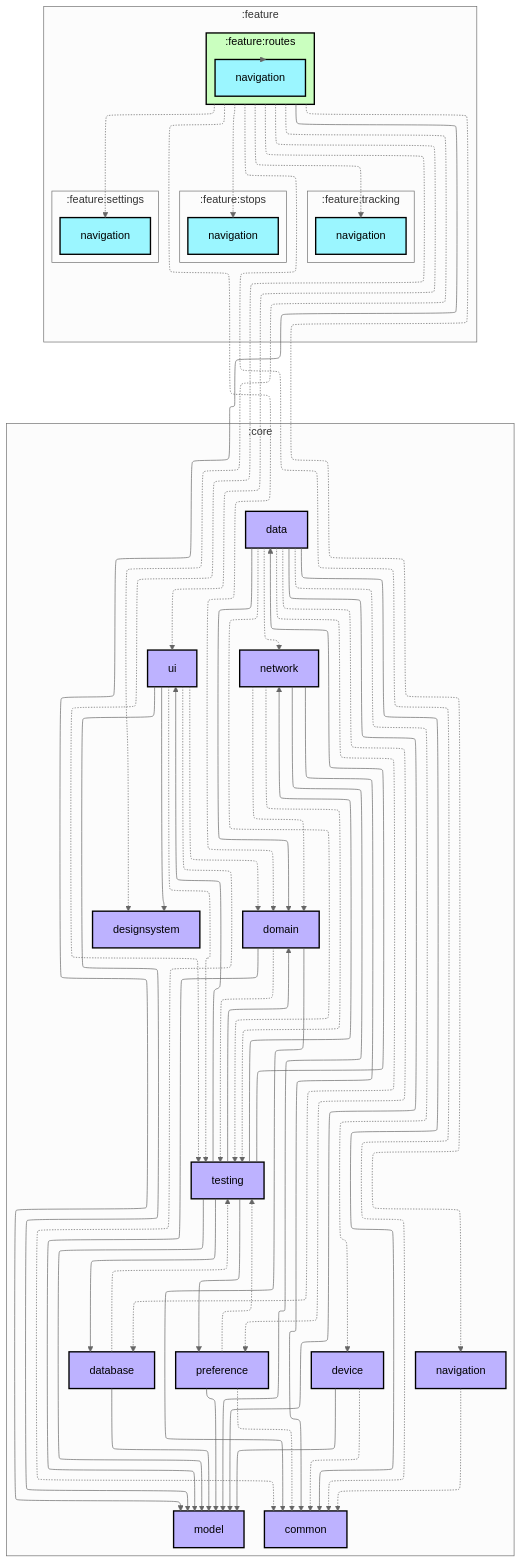
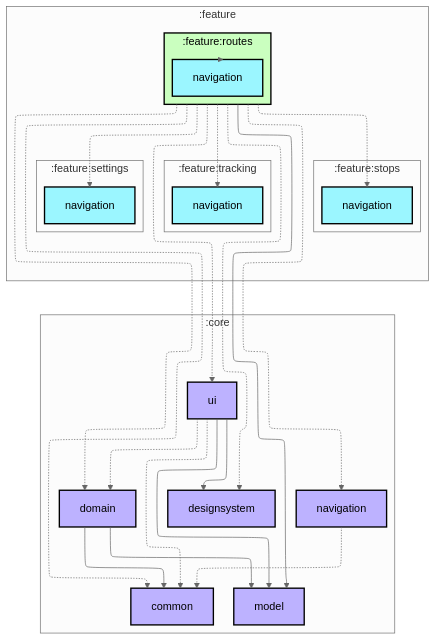
The first of 2 diagrams in feature/routes/README.md (Adrc95/logrono-bus), drawn with Mermaid (neutral theme) before and after one commit. The commit also changed 32 other files, not shown here.

First line of the commit message:
Chore: unblock the test suites, the graphs and the CI

```diff
--- a/feature/routes/README.md
+++ b/feature/routes/README.md
@@ -34,60 +34,25 @@
   subgraph :core
     direction TB
     :core:common[common]:::library
-    :core:data[data]:::library
-    :core:database[database]:::library
     :core:designsystem[designsystem]:::library
-    :core:device[device]:::library
     :core:domain[domain]:::library
     :core:model[model]:::library
     :core:navigation[navigation]:::library
-    :core:network[network]:::library
-    :core:preference[preference]:::library
-    :core:testing[testing]:::library
     :core:ui[ui]:::library
   end
 
-  :core:data --> :core:common
-  :core:data -.-> :core:database
-  :core:data -.-> :core:device
-  :core:data --> :core:domain
-  :core:data --> :core:model
-  :core:data -.-> :core:network
-  :core:data -.-> :core:preference
-  :core:data -.-> :core:testing
-  :core:database --> :core:model
-  :core:database -.-> :core:testing
-  :core:device -.-> :core:common
-  :core:device --> :core:model
   :core:domain --> :core:common
   :core:domain --> :core:model
-  :core:domain -.-> :core:testing
   :core:navigation -.-> :core:common
-  :core:network --> :core:common
-  :core:network -.-> :core:domain
-  :core:network --> :core:model
-  :core:network -.-> :core:testing
-  :core:preference -.-> :core:common
-  :core:preference --> :core:model
-  :core:preference -.-> :core:testing
-  :core:testing --> :core:data
-  :core:testing --> :core:database
-  :core:testing --> :core:domain
-  :core:testing --> :core:model
-  :core:testing --> :core:network
-  :core:testing --> :core:preference
-  :core:testing --> :core:ui
   :core:ui -.-> :core:common
   :core:ui --> :core:designsystem
   :core:ui -.-> :core:domain
   :core:ui --> :core:model
-  :core:ui -.-> :core:testing
   :feature:routes -.-> :core:common
   :feature:routes -.-> :core:designsystem
   :feature:routes -.-> :core:domain
   :feature:routes --> :core:model
   :feature:routes -.-> :core:navigation
-  :feature:routes -.-> :core:testing
   :feature:routes -.-> :core:ui
   :feature:routes --> :feature:routes:navigation
   :feature:routes -.-> :feature:settings:navigation
```
